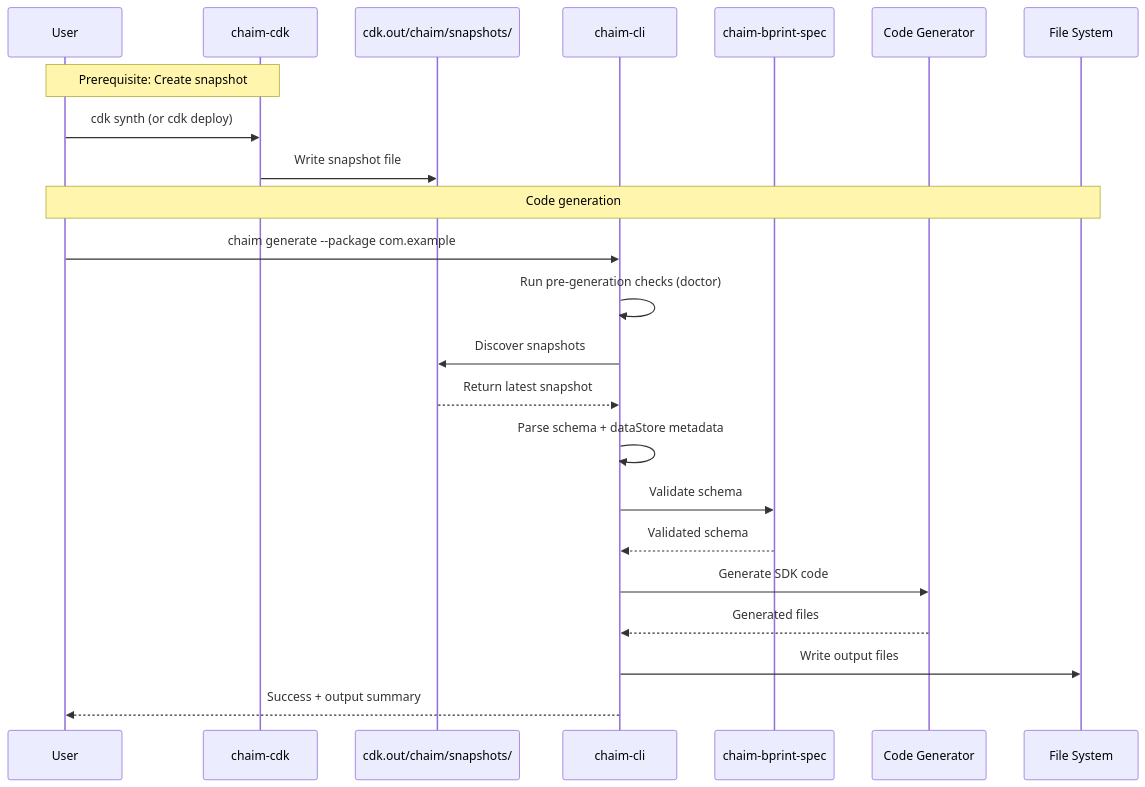
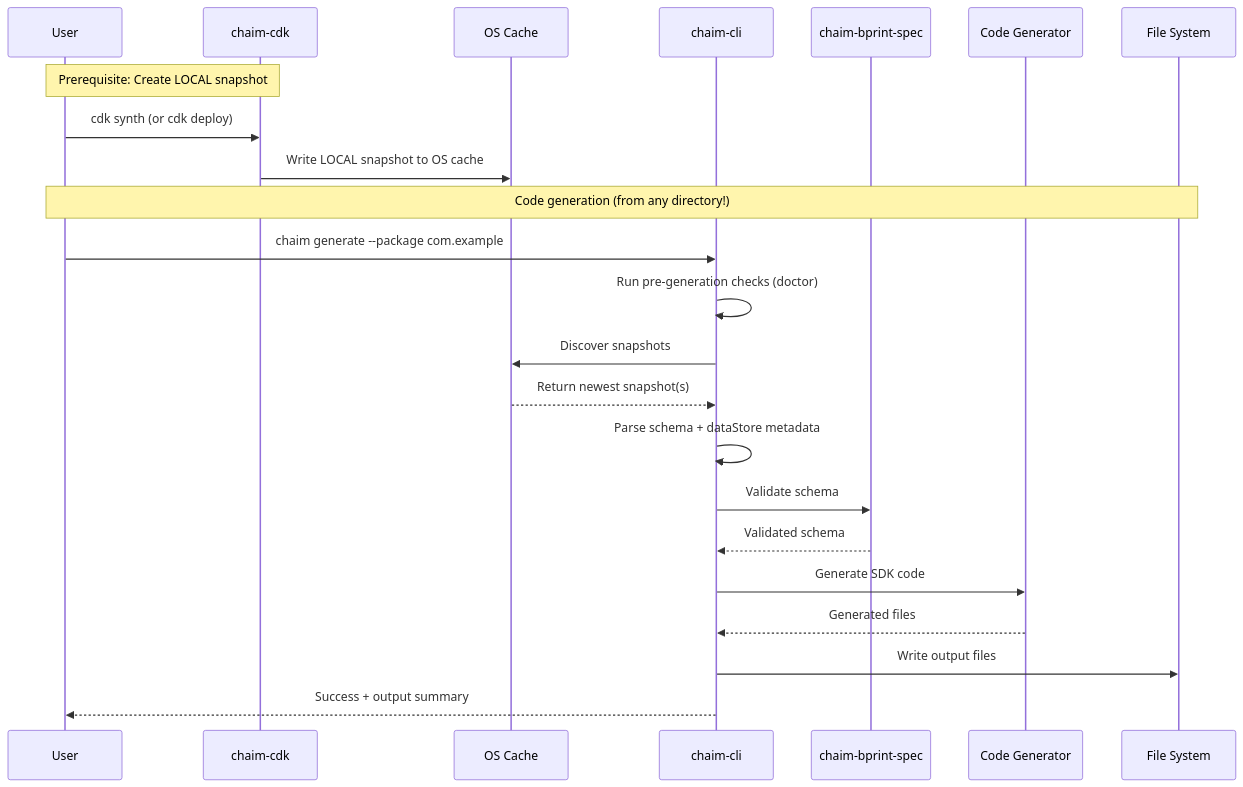
One commit to chaim-tools/chaim-cli changed the second of 2 diagrams in CHAIM_CONTEXT.md. Above: the diagram before and after it, drawn with Mermaid. The commit also changed other lines of this file and 20 other files, not shown here.

````diff
--- a/CHAIM_CONTEXT.md
+++ b/CHAIM_CONTEXT.md
@@ -384,27 +388,27 @@
 ```mermaid
 sequenceDiagram
     participant User
     participant CDK as chaim-cdk
-    participant SnapDir as cdk.out/chaim/snapshots/
+    participant Cache as OS Cache
     participant CLI as chaim-cli
     participant Spec as chaim-bprint-spec
     participant Gen as Code Generator
     participant FS as File System
     
-    Note over User,CDK: Prerequisite: Create snapshot
+    Note over User,CDK: Prerequisite: Create LOCAL snapshot
     User->>CDK: cdk synth (or cdk deploy)
-    CDK->>SnapDir: Write snapshot file
+    CDK->>Cache: Write LOCAL snapshot to OS cache
     
-    Note over User,FS: Code generation
+    Note over User,FS: Code generation (from any directory!)
     User->>CLI: chaim generate --package com.example
     CLI->>CLI: Run pre-generation checks (doctor)
-    CLI->>SnapDir: Discover snapshots
-    SnapDir-->>CLI: Return latest snapshot
+    CLI->>Cache: Discover snapshots
+    Cache-->>CLI: Return newest snapshot(s)
     CLI->>CLI: Parse schema + dataStore metadata
     CLI->>Spec: Validate schema
     Spec-->>CLI: Validated schema
     CLI->>Gen: Generate SDK code
     Gen-->>CLI: Generated files
     CLI->>FS: Write output files
     CLI-->>User: Success + output summary
 ```
````
